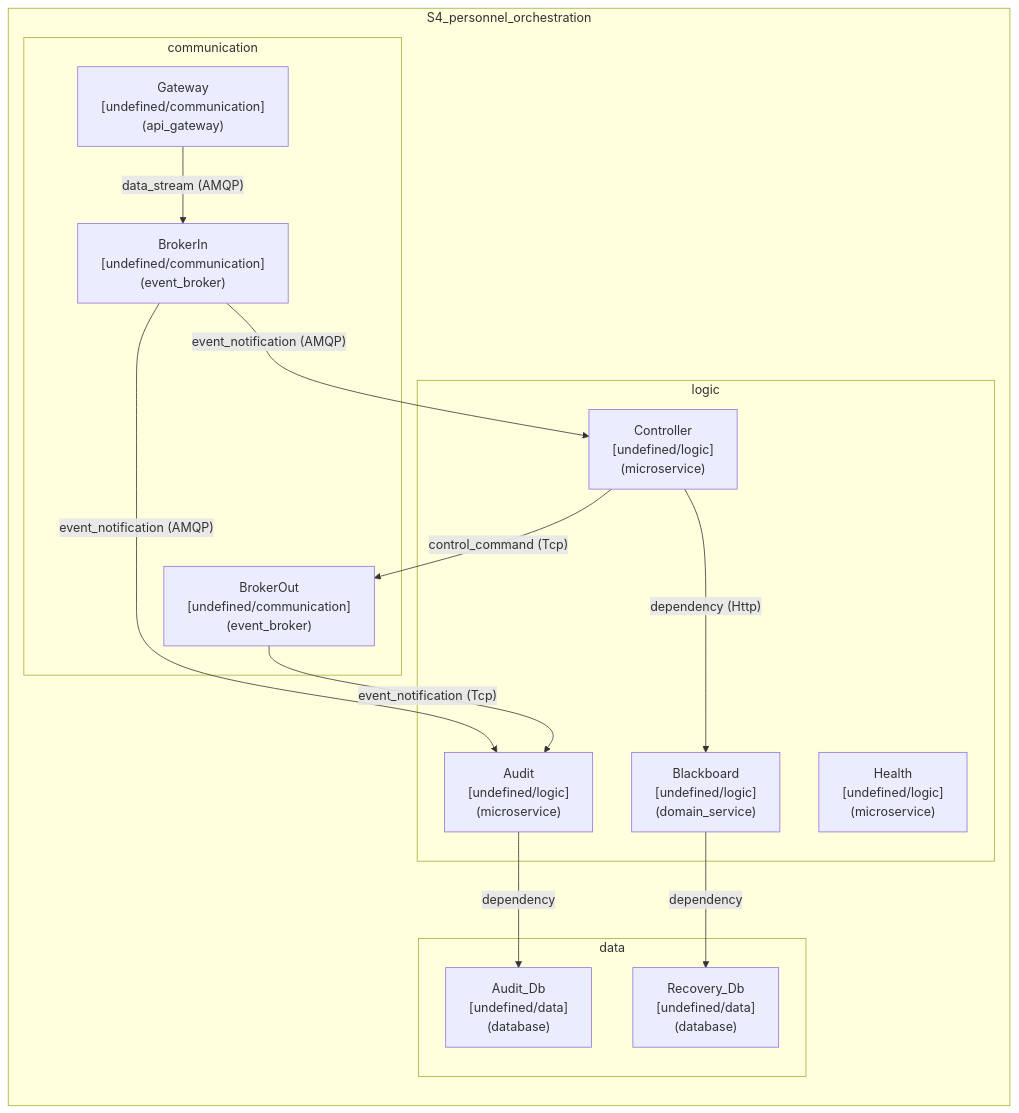
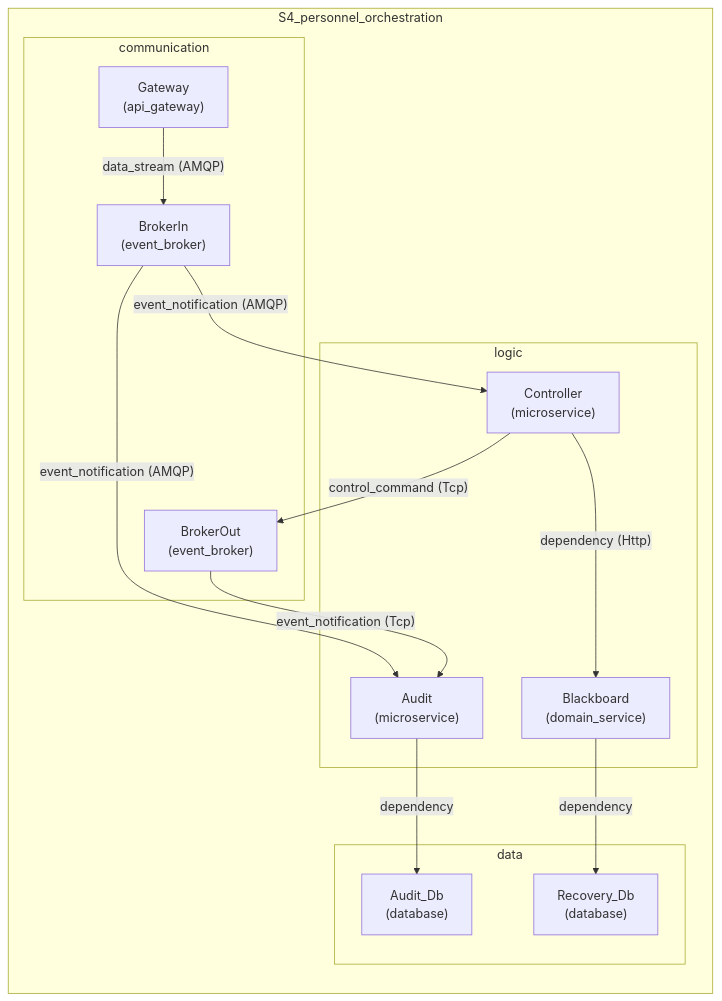
One commit to Sreyeso/NERCMS-LSSA changed the fifth of 7 diagrams in diagrams.md. Above: the diagram before and after it, drawn with Mermaid. The commit also changed other lines of this file and 3 other files, not shown here.

Commit message:
update diagram labels for clarity

````diff
--- a/diagrams.md
+++ b/diagrams.md
@@ -138,29 +138,28 @@
 ```mermaid
 graph LR
     subgraph S4_personnel_orchestration
         subgraph S4_personnel_orchestration_undefined_communication[communication]
-            Gateway["Gateway<br/>[undefined/communication]<br/>(api_gateway)"]
-            BrokerIn["BrokerIn<br/>[undefined/communication]<br/>(event_broker)"]
-            BrokerOut["BrokerOut<br/>[undefined/communication]<br/>(event_broker)"]
+            Gateway["Gateway<br/>(api_gateway)"]
+            BrokerIn["BrokerIn<br/>(event_broker)"]
+            BrokerOut["BrokerOut<br/>(event_broker)"]
         end
         subgraph S4_personnel_orchestration_undefined_logic[logic]
-            Controller["Controller<br/>[undefined/logic]<br/>(microservice)"]
-            Blackboard["Blackboard<br/>[undefined/logic]<br/>(domain_service)"]
-            Audit["Audit<br/>[undefined/logic]<br/>(microservice)"]
-            Health["Health<br/>[undefined/logic]<br/>(microservice)"]
+            Controller["Controller<br/>(microservice)"]
+            Blackboard["Blackboard<br/>(domain_service)"]
+            Audit["Audit<br/>(microservice)"]
         end
         subgraph S4_personnel_orchestration_undefined_data[data]
-            Audit_Db["Audit_Db<br/>[undefined/data]<br/>(database)"]
-            Recovery_Db["Recovery_Db<br/>[undefined/data]<br/>(database)"]
+            Audit_Db["Audit_Db<br/>(database)"]
+            Recovery_Db["Recovery_Db<br/>(database)"]
         end
 
     Gateway -- "data_stream (AMQP)" --> BrokerIn
     BrokerIn -- "event_notification (AMQP)" --> Controller
     BrokerIn -- "event_notification (AMQP)" --> Audit
     Controller -- "dependency (Http)" --> Blackboard
     Controller -- "control_command (Tcp)" --> BrokerOut
     Blackboard -- "dependency" --> Recovery_Db
     Audit -- "dependency" --> Audit_Db
     BrokerOut -- "event_notification (Tcp)" --> Audit
     end
 ```
````
